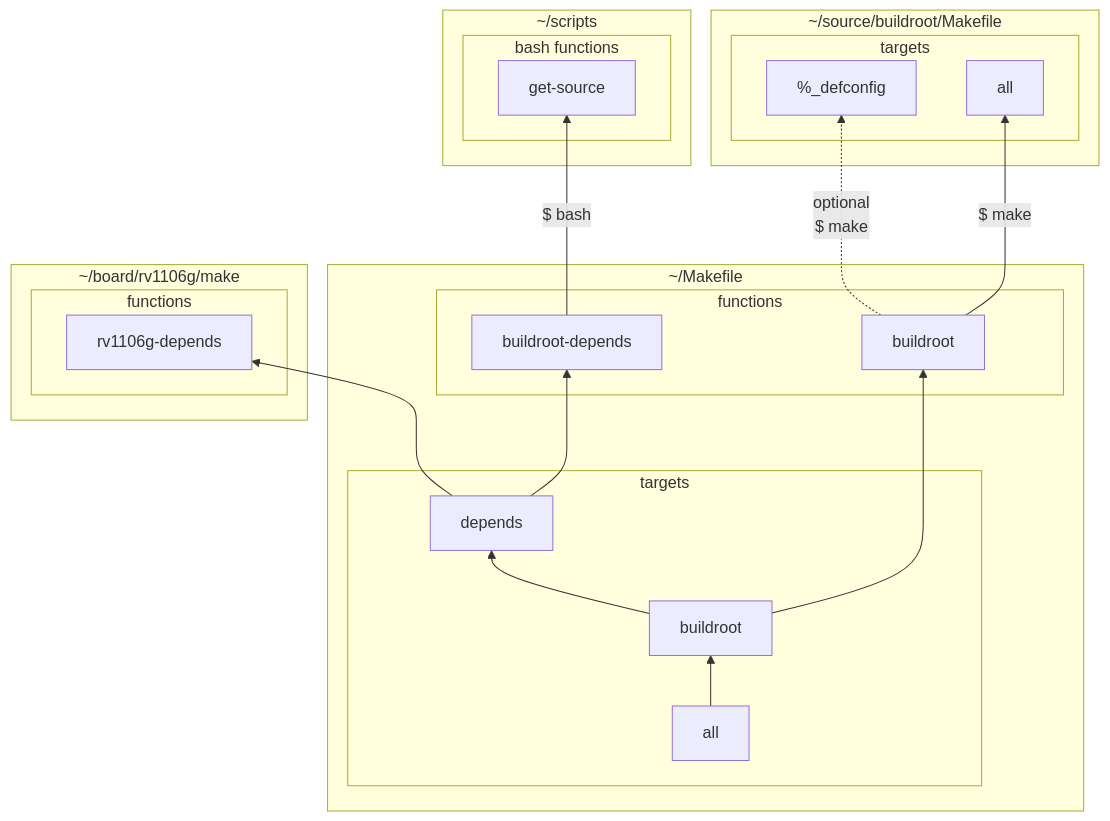
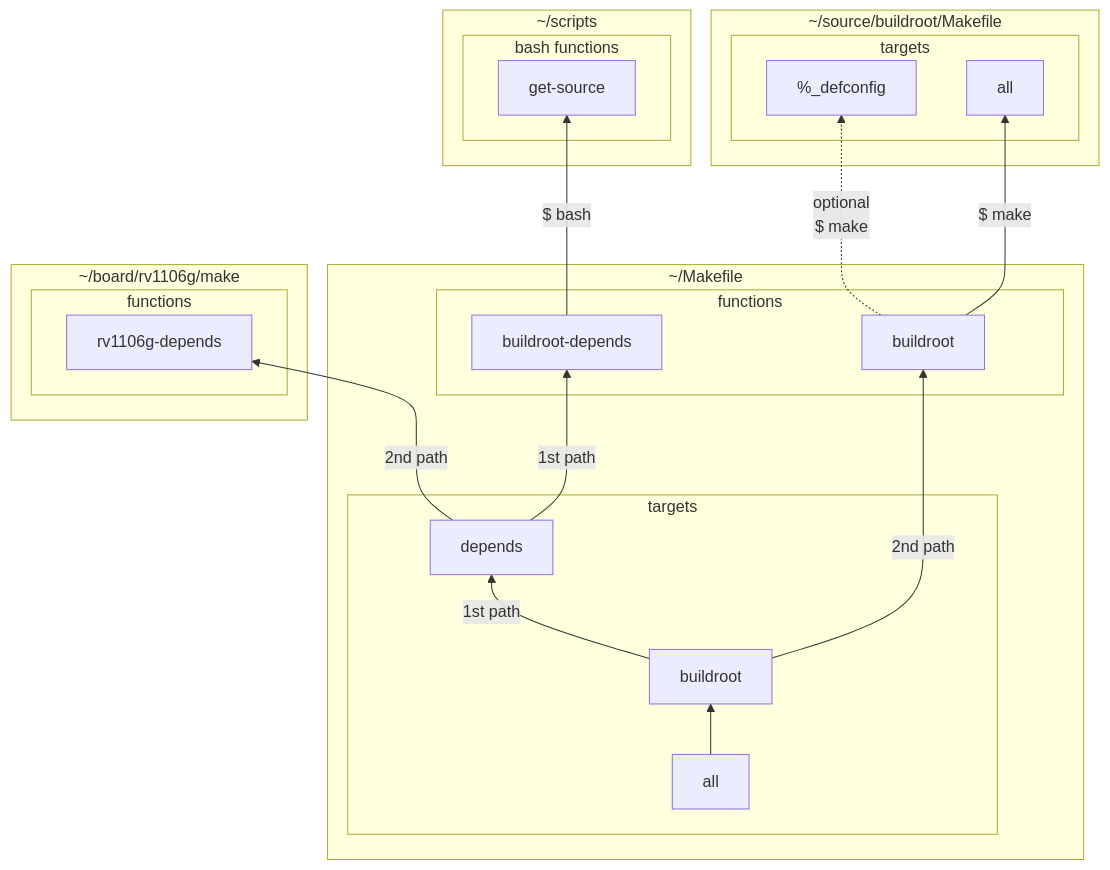
The second of 3 diagrams in README.md (tactacam-ryanmoe/markdown-test), drawn with Mermaid before and after one commit.

````diff
--- a/README.md
+++ b/README.md
@@ -45,53 +45,53 @@
 ```mermaid
 flowchart BT
 
     %% ----- Objects -----
     subgraph make[~/Makefile]
         subgraph make_targets[targets]
             make_targets_all[all]
             make_targets_buildroot[buildroot]
             make_targets_depends[depends]
         end
         subgraph make_functions[functions]
             make_functions_buildroot[buildroot]
             make_functions_buildroot-deps[buildroot-depends]
         end
     end
 
     subgraph scripts[~/scripts]
         subgraph scripts_bash[bash functions]
             scripts_bash_get-source[get-source]
         end
     end
 
     subgraph board-rv1106g-make[~/board/rv1106g/make]
         subgraph board-rv1106g-make_functions[functions]
             board-rv1106g-make_functions_rv1106-deps[rv1106g-depends]
         end
     end
 
     subgraph buildroot-dir[~/source/buildroot/Makefile]
         subgraph buildroot-dir_targets[targets]
             buildroot-dir_targets_rv1106config[%_defconfig]
             buildroot-dir_targets_all[all]
         end
     end
 
     %% ----- Lines -----
 
     make_targets_all --> make_targets_buildroot
-    make_targets_buildroot --> make_targets_depends
-    make_targets_depends --> make_functions_buildroot-deps
+    make_targets_buildroot -- 1st path --> make_targets_depends
+    make_targets_depends -- 1st path --> make_functions_buildroot-deps
     make_functions_buildroot-deps -- $ bash --> scripts_bash_get-source
-    make_targets_depends --> board-rv1106g-make_functions_rv1106-deps
-    make_targets_buildroot --> make_functions_buildroot
+    make_targets_depends -- 2nd path --> board-rv1106g-make_functions_rv1106-deps
+    make_targets_buildroot -- 2nd path --> make_functions_buildroot
     make_functions_buildroot -. optional \n $ make .-> buildroot-dir_targets_rv1106config
     make_functions_buildroot -- $ make --> buildroot-dir_targets_all
 
     %%dependsFunc --> makeenvdep
     %%buildroottarget --> buildrootfunction
     %%buildrootfunction -.-> buildrootdirMakefileTarget
 
     %%buildrootdir ~~~ makeenv
     
 ```
````
